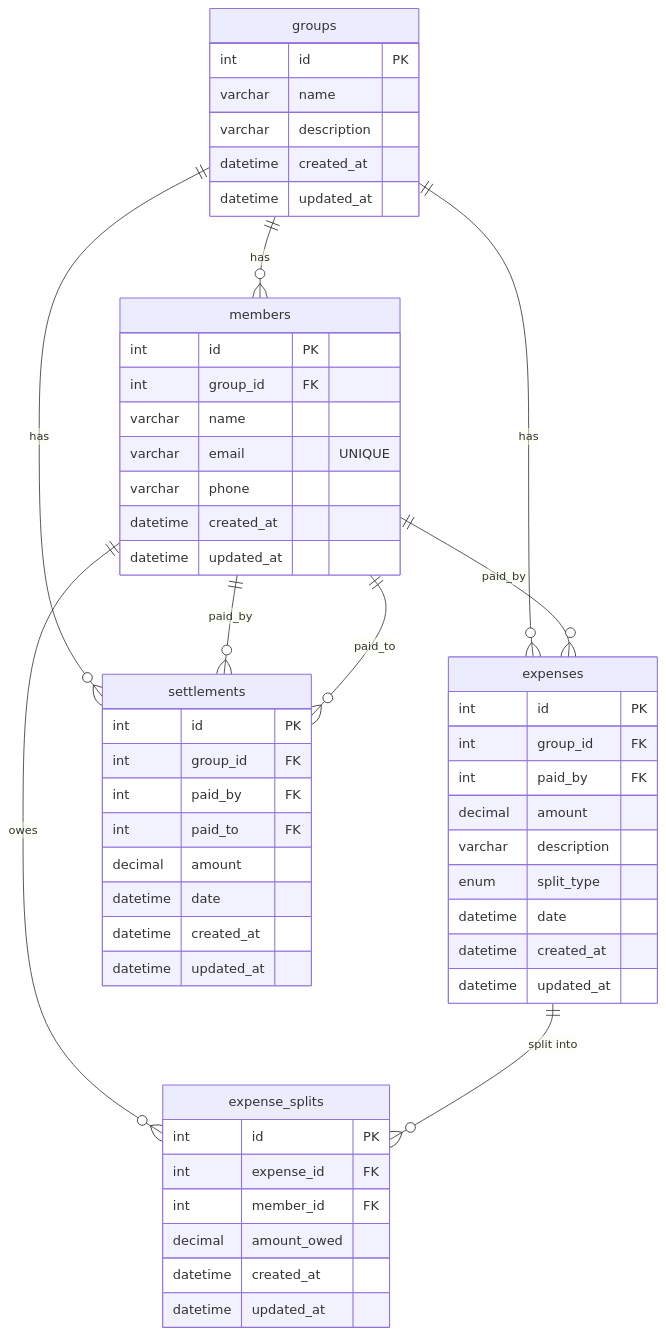
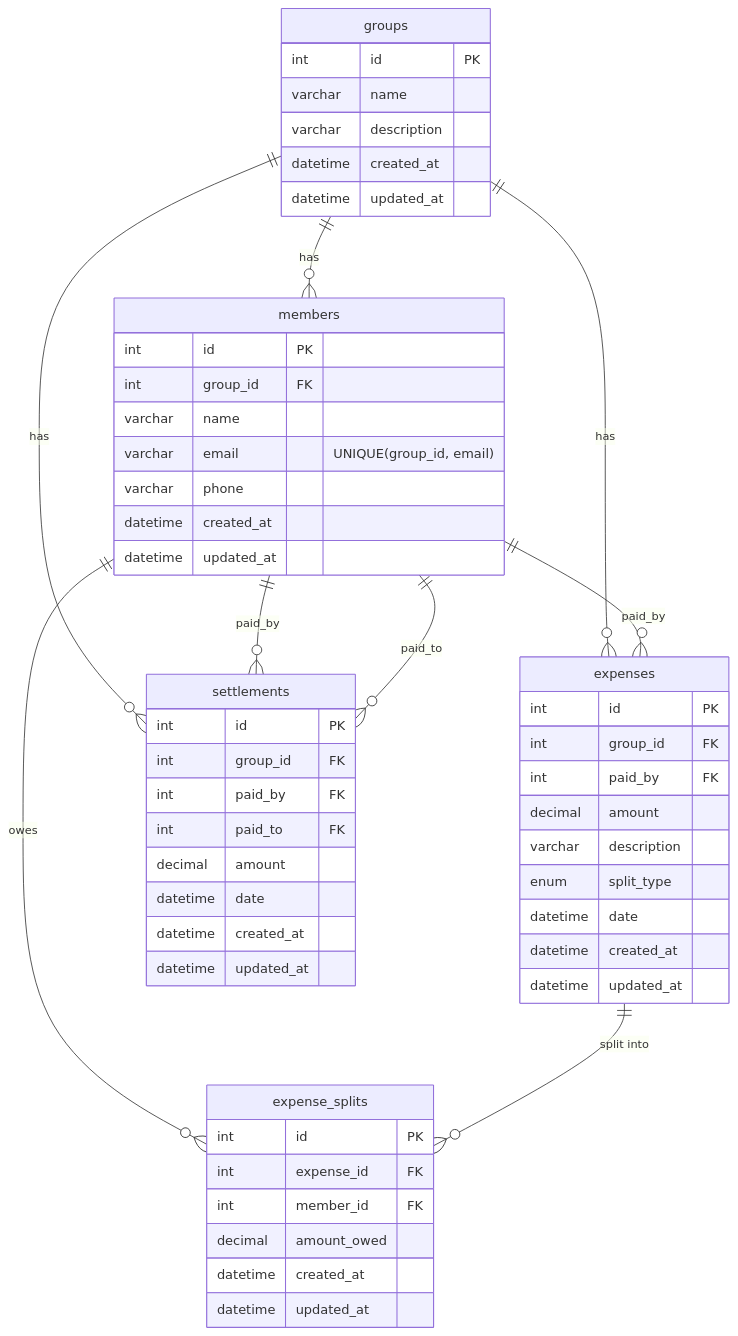
The diagram in DATABASE_SCHEMA.md (ekalavya-cmd/SplitKaro), drawn with Mermaid before and after one commit. The commit also changed other lines of this file and 3 other files, not shown here.

````diff
--- a/DATABASE_SCHEMA.md
+++ b/DATABASE_SCHEMA.md
@@ -123,61 +116,61 @@
 ```mermaid
 erDiagram
     groups {
         int id PK
         varchar name
         varchar description
         datetime created_at
         datetime updated_at
     }
 
     members {
         int id PK
         int group_id FK
         varchar name
-        varchar email "UNIQUE"
+        varchar email "UNIQUE(group_id, email)"
         varchar phone
         datetime created_at
         datetime updated_at
     }
 
     expenses {
         int id PK
         int group_id FK
         int paid_by FK
         decimal amount
         varchar description
         enum split_type
         datetime date
         datetime created_at
         datetime updated_at
     }
 
     expense_splits {
         int id PK
         int expense_id FK
         int member_id FK
         decimal amount_owed
         datetime created_at
         datetime updated_at
     }
 
     settlements {
         int id PK
         int group_id FK
         int paid_by FK
         int paid_to FK
         decimal amount
         datetime date
         datetime created_at
         datetime updated_at
     }
 
     groups ||--o{ members : "has"
     groups ||--o{ expenses : "has"
     groups ||--o{ settlements : "has"
     members ||--o{ expenses : "paid_by"
     members ||--o{ expense_splits : "owes"
     members ||--o{ settlements : "paid_by"
     members ||--o{ settlements : "paid_to"
     expenses ||--o{ expense_splits : "split into"
 ```
````
